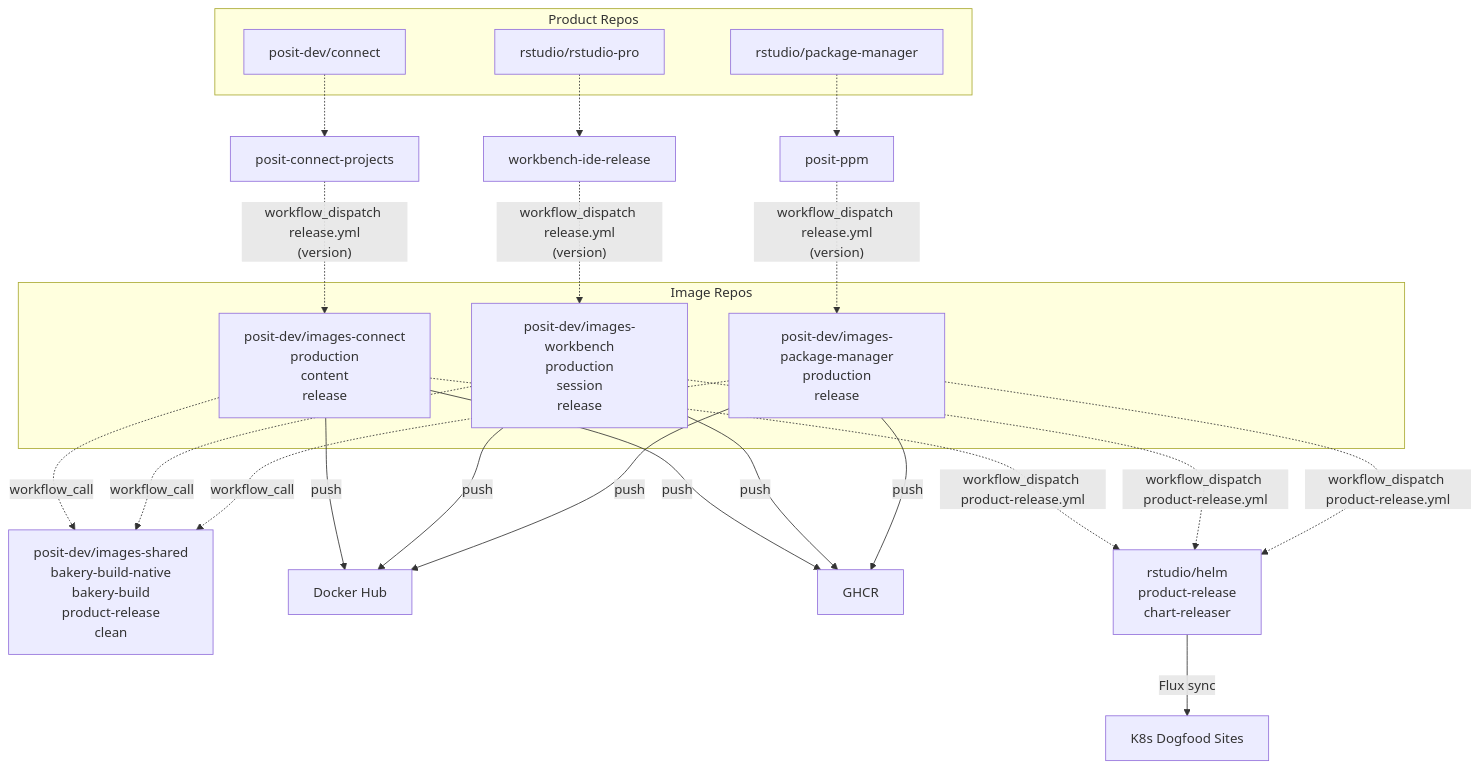
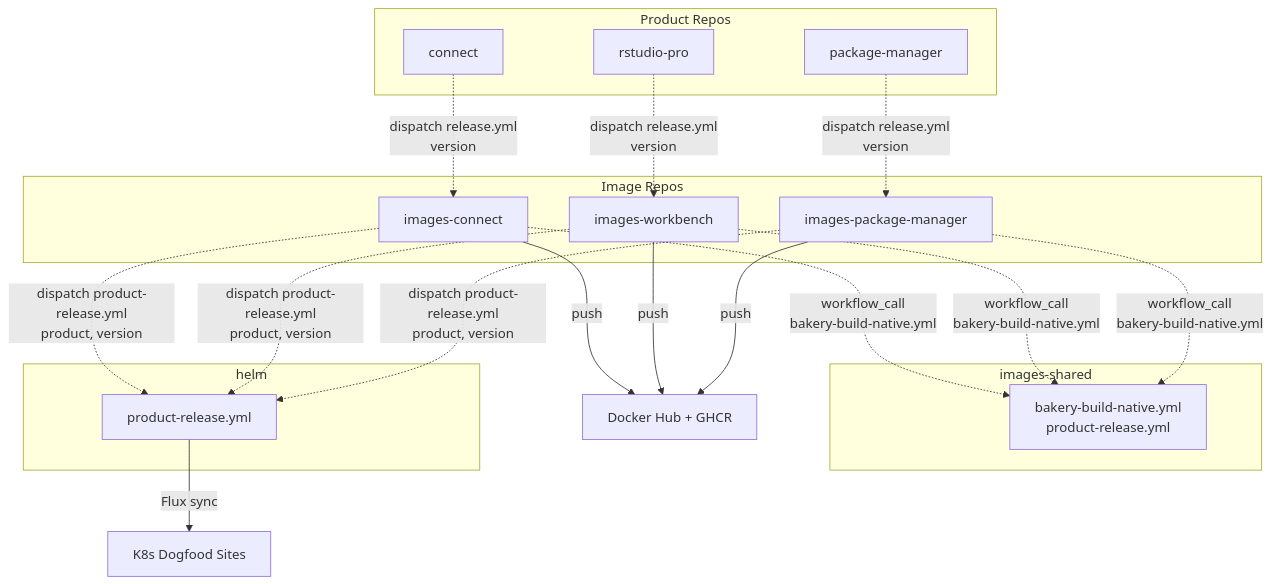
One commit to posit-dev/images-shared changed the second of 9 diagrams in posit-bakery/docs/cross-repo-workflows.qmd. Above: the diagram before and after it, drawn with Mermaid. The commit also changed other lines of this file, not shown here.

First line of the commit message:
Update cross-repo workflow diagrams

````diff
--- a/posit-bakery/docs/cross-repo-workflows.qmd
+++ b/posit-bakery/docs/cross-repo-workflows.qmd
@@ -55,52 +55,43 @@
 ```{mermaid}
 %%| fig-cap: "Production Release Flow"
 graph TD
     subgraph "Product Repos"
-        CONNECT_PROD["posit-dev/connect"]
-        WORKBENCH_PROD["rstudio/rstudio-pro"]
-        PPM_PROD["rstudio/package-manager"]
+        CONNECT_PROD["connect"]
+        WORKBENCH_PROD["rstudio-pro"]
+        PPM_PROD["package-manager"]
     end
 
-    CONNECT_BOT["posit-connect-projects"]
-    WORKBENCH_BOT["workbench-ide-release"]
-    PPM_BOT["posit-ppm"]
-
-    CONNECT_PROD -.-> CONNECT_BOT
-    WORKBENCH_PROD -.-> WORKBENCH_BOT
-    PPM_PROD -.-> PPM_BOT
-
-    CONNECT_BOT -.->|"workflow_dispatch release.yml<br/>(version)"| IMG_CONNECT
-    WORKBENCH_BOT -.->|"workflow_dispatch release.yml<br/>(version)"| IMG_WORKBENCH
-    PPM_BOT -.->|"workflow_dispatch release.yml<br/>(version)"| IMG_PM
-
-    SHARED["posit-dev/images-shared<br/>bakery-build-native<br/>bakery-build<br/>product-release<br/>clean"]
+    CONNECT_PROD -.->|"dispatch release.yml<br/>version"| IMG_CONNECT
+    WORKBENCH_PROD -.->|"dispatch release.yml<br/>version"| IMG_WORKBENCH
+    PPM_PROD -.->|"dispatch release.yml<br/>version"| IMG_PM
 
     subgraph "Image Repos"
-        IMG_CONNECT["posit-dev/images-connect<br/>production<br/>content<br/>release"]
-        IMG_WORKBENCH["posit-dev/images-workbench<br/>production<br/>session<br/>release"]
-        IMG_PM["posit-dev/images-package-manager<br/>production<br/>release"]
+        IMG_CONNECT["images-connect"]
+        IMG_WORKBENCH["images-workbench"]
+        IMG_PM["images-package-manager"]
     end
 
-    IMG_CONNECT -.->|workflow_call| SHARED
-    IMG_WORKBENCH -.->|workflow_call| SHARED
-    IMG_PM -.->|workflow_call| SHARED
+    IMG_CONNECT -.->|"workflow_call<br/>bakery-build-native.yml"| SHARED
+    IMG_WORKBENCH -.->|"workflow_call<br/>bakery-build-native.yml"| SHARED
+    IMG_PM -.->|"workflow_call<br/>bakery-build-native.yml"| SHARED
 
-    IMG_CONNECT -->|push| DOCKERHUB
-    IMG_CONNECT -->|push| GHCR
-    IMG_WORKBENCH -->|push| DOCKERHUB
-    IMG_WORKBENCH -->|push| GHCR
-    IMG_PM -->|push| DOCKERHUB
-    IMG_PM -->|push| GHCR
+    subgraph images-shared
+        SHARED["bakery-build-native.yml<br/>product-release.yml"]
+    end
 
-    DOCKERHUB["Docker Hub"]
-    GHCR["GHCR"]
+    IMG_CONNECT -->|push| REGISTRIES
+    IMG_WORKBENCH -->|push| REGISTRIES
+    IMG_PM -->|push| REGISTRIES
 
-    IMG_CONNECT -.->|"workflow_dispatch product-release.yml"| HELM
-    IMG_WORKBENCH -.->|"workflow_dispatch product-release.yml"| HELM
-    IMG_PM -.->|"workflow_dispatch product-release.yml"| HELM
+    REGISTRIES["Docker Hub + GHCR"]
 
-    HELM["rstudio/helm<br/>product-release<br/>chart-releaser"]
-    HELM -->|Flux sync| K8S
+    IMG_CONNECT -.->|"dispatch product-release.yml<br/>product, version"| HELM_WF
+    IMG_WORKBENCH -.->|"dispatch product-release.yml<br/>product, version"| HELM_WF
+    IMG_PM -.->|"dispatch product-release.yml<br/>product, version"| HELM_WF
 
-    K8S["K8s Dogfood Sites"]
+    subgraph helm
+        HELM_WF["product-release.yml"]
+    end
+
+    HELM_WF -->|Flux sync| K8S["K8s Dogfood Sites"]
 ```
````
